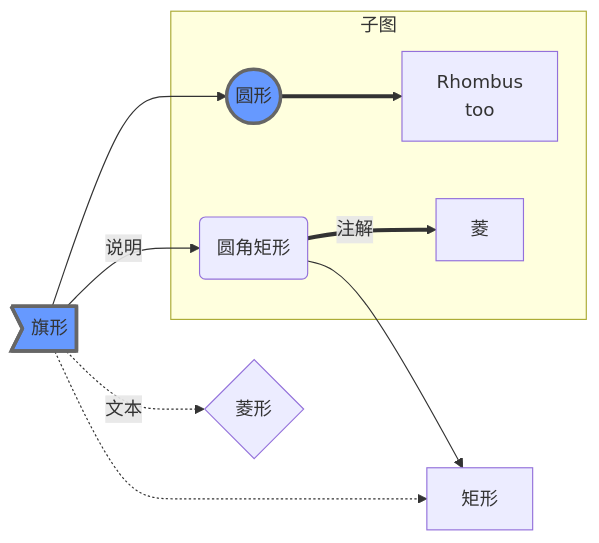
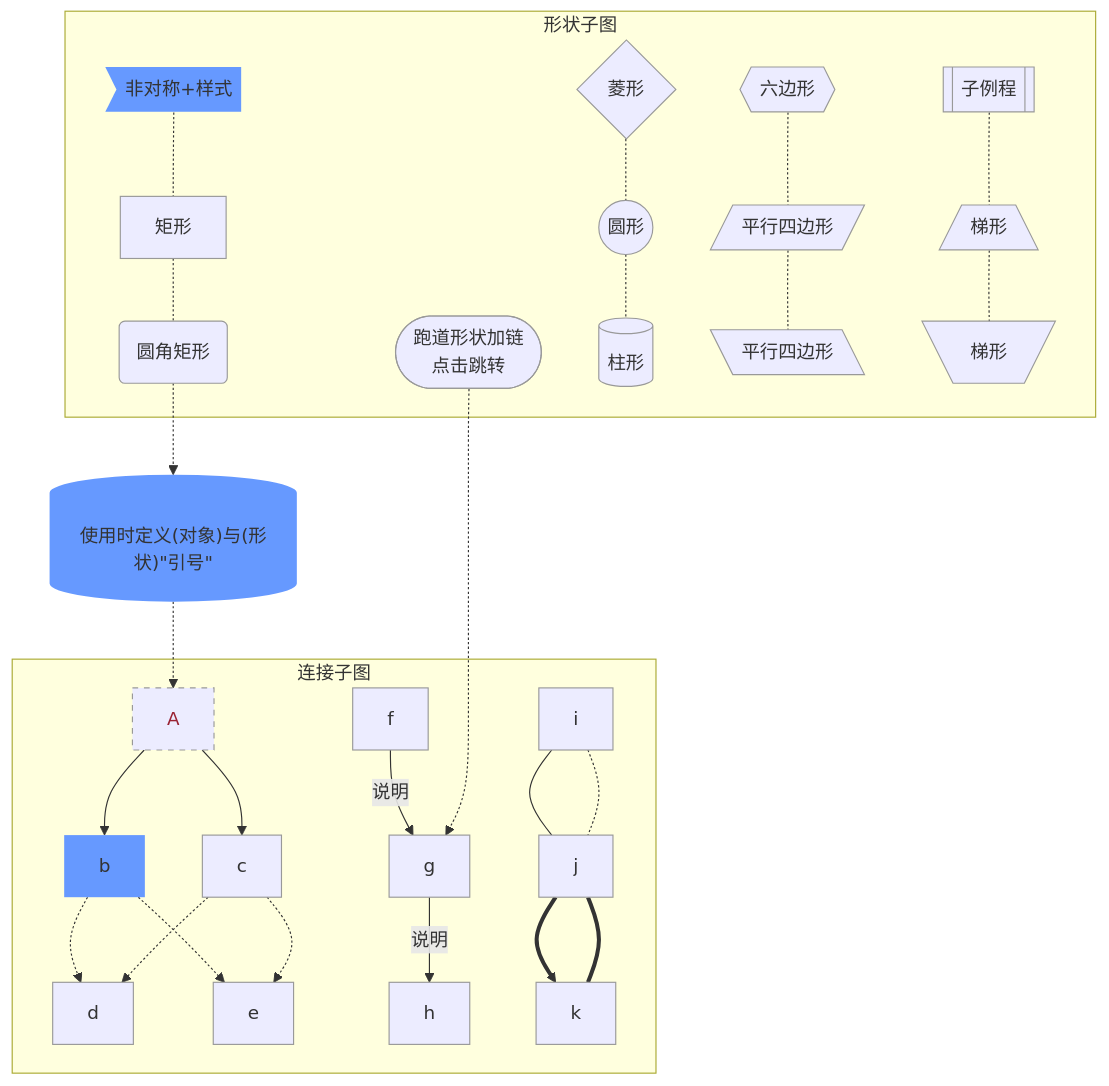
The third of 3 diagrams in reference/mermaid.md (hivoid/docs), drawn with Mermaid before and after one commit. The commit also changed other lines of this file, not shown here.

Commit message:
mermaid syntax complated.

````diff
--- a/reference/mermaid.md
+++ b/reference/mermaid.md
@@ -96,25 +230,55 @@
 ```mermaid
-graph LR
-    %% LR 表示左右，TB 表示上下
+graph TD
+    %% LR 表示左右，TD/TB 表示上下
     %% 这里是注释不会显示到图中
-    A>旗形]
-    tony((圆形))
-    C(圆角矩形)
-    D[矩形]
-    E{菱形}
-    %% 对象可以提前统一定义，然后在图中应用
 
-    A --> tony
-    A -- 说明 --> C
-    A -.-> D
-    A -. 文本 .-> E
+    %% 可提前定义对象与形状
+    asymetric>非对称+样式]
+    circle((圆形))
+    roundrect(圆角矩形)
+    rectangle[矩形]
+    rhombus{菱形}
+    stadium([跑道形状加链<br/>点击跳转])
+    subroutine[[子例程]]
+    cylindrical[(柱形)]
+    hexagon{{六边形}}
+    parallelogram[/平行四边形/]
+    alt-parallelogram[\平行四边形\]
+    trapezoid[/梯形\]
+    alt-trapezoid[\梯形/]
 
-    subgraph 子图
-        tony ==> F[Rhombus<br/>too]
-        C == 注解 ==> G[菱]
+    subgraph subid1 [形状子图]
+        asymetric -.- rectangle -.- roundrect
+        rhombus -.- circle -.- cylindrical
+        hexagon -.- parallelogram -.- alt-parallelogram
+        subroutine -.- trapezoid -.- alt-trapezoid
+        stadium
     end
-    C --> D
+    subgraph 连接子图
+        %% a 使用 A 为外部名称, b 应用了 classbbb 样式
+        %% & 表示同时连接到多个对象
+        %% -->  表示 实线有方向连接
+        %% ---  表示 实线无方向连接
+        %% -.-> 表示 虚线有方向连接
+        %% -.-  表示 虚线无方向连接
+        %% ==>  表示 实线有方向加重连接
+        %% ===  表示 实线无方向加重连接
+        a[A] --> b:::classbbb & c -.-> d & e
+        f -->|说明|g -- 说明 --> h
+        i --- j ==> k
+        i -.- j === k
+    end
+    roundrect -.-> Bridge[("使用时定义(对象)与(形状)#quot;引号#quot;")] -.-> a
+    stadium -.-> g
 
-    classDef bbb fill:#69f,stroke:#666,stroke-width:3px;
-    class A,tony bbb
+    %% 定义样式与类及其应用
+    classDef classbbb fill:#69f,stroke:#666,stroke-width:0px;
+    class asymetric,Bridge classbbb
+    style a color:#923,stroke-dasharray:5,5;
+    %% 默认样式
+    classDef default fill:#ececff,stroke:#999,stroke-width:1px;
+
+    %% 定义行为，Tooltip暂不生效
+    click a callback "Tooltip for a callback"
+    click stadium "/#/reference/" "This is a tooltip for a link"
 ```
````
